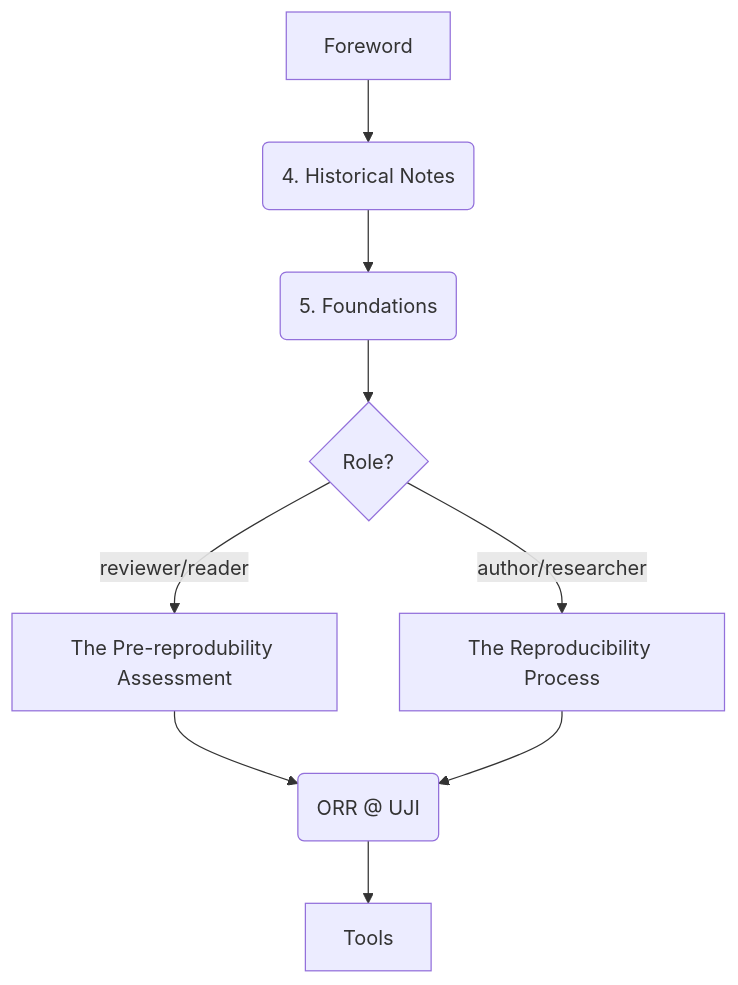
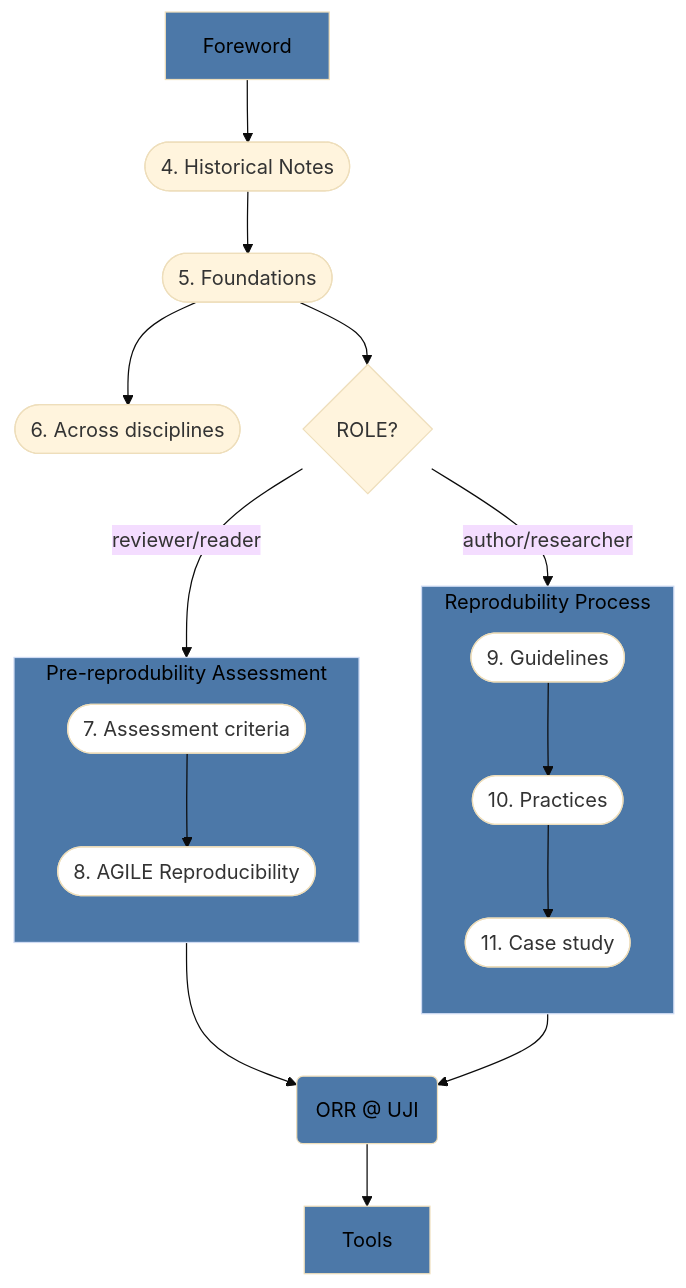
Before and after one commit to cgranell/orr: the diagram in materials/00-units.qmd, drawn with Mermaid.

Commit message:
feat: diagram with colors and blocks

````diff
--- a/materials/00-units.qmd
+++ b/materials/00-units.qmd
@@ -7,13 +7,39 @@
 ```{mermaid}
 %%| fig-caption: "Course structure and navigation."
 %%| fig-align: center
+---
+config:
+  theme: 'base'
+---
+
 flowchart TB
-  A[Foreword] --> B(4. Historical Notes)
-  B --> C(5. Foundations)
-  C --> D{Role?}
-  D --> |reviewer/reader| E[The Pre-reprodubility Assessment]
-  D --> |author/researcher| F[The Reproducibility Process]
+  A[Foreword] --> B([4. Historical Notes])
+  style A fill:#4C78A8,color:#000
+  B --> C([5. Foundations])
+  C --> C1([6. Across disciplines])
+  C --> D{ROLE?}
+  subgraph E[Pre-reprodubility Assessment]
+      direction TB
+      E1([7. Assessment criteria]) --> E2([8. AGILE Reproducibility])
+      style E1 fill:#FFF
+      style E2 fill:#FFF
+  end
+  style E fill:#4C78A8,color:#000
+  subgraph F[Reprodubility Process]
+      direction TB
+      F1([9. Guidelines]) --> F2([10. Practices])
+      F2 --> F3([11. Case study])
+      style F1 fill:#FFF
+      style F2 fill:#FFF
+      style F3 fill:#FFF
+  end
+  style F fill:#4C78A8,color:#000
+  D --> |reviewer/reader| E
+  D --> |author/researcher| F
   E --> G(ORR @ UJI)
   F --> G(ORR @ UJI)
+  style G fill:#4C78A8,color:#000
   G --> H[Tools]
+  style H fill:#4C78A8,color:#000
+  
 ```
````
